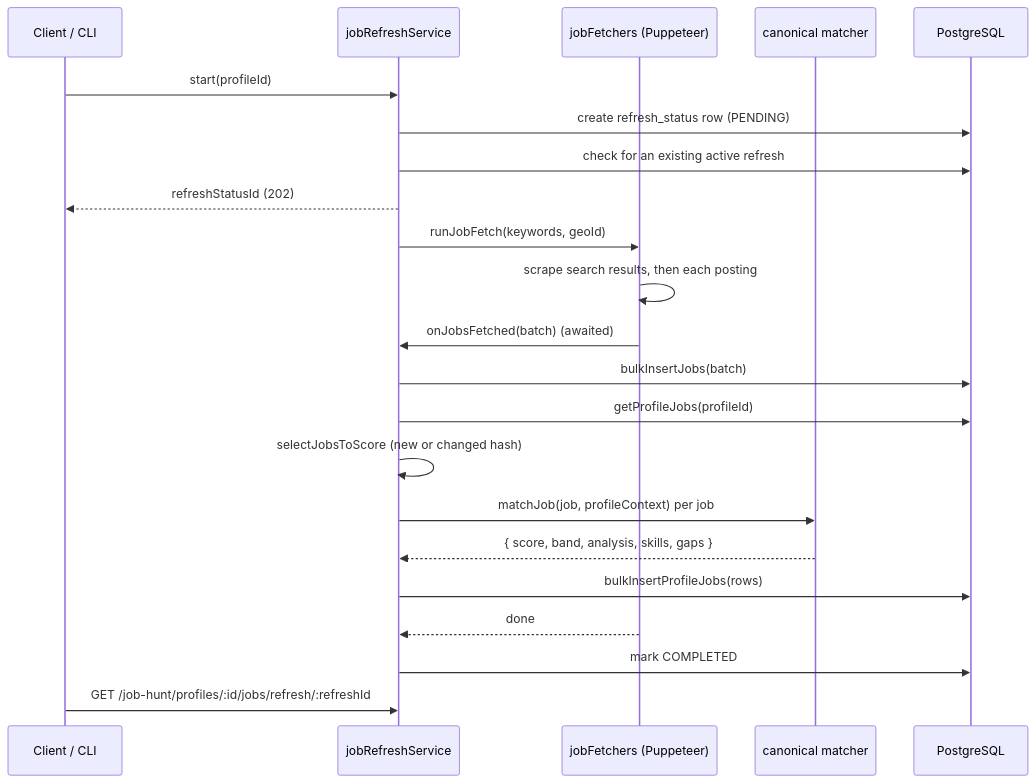
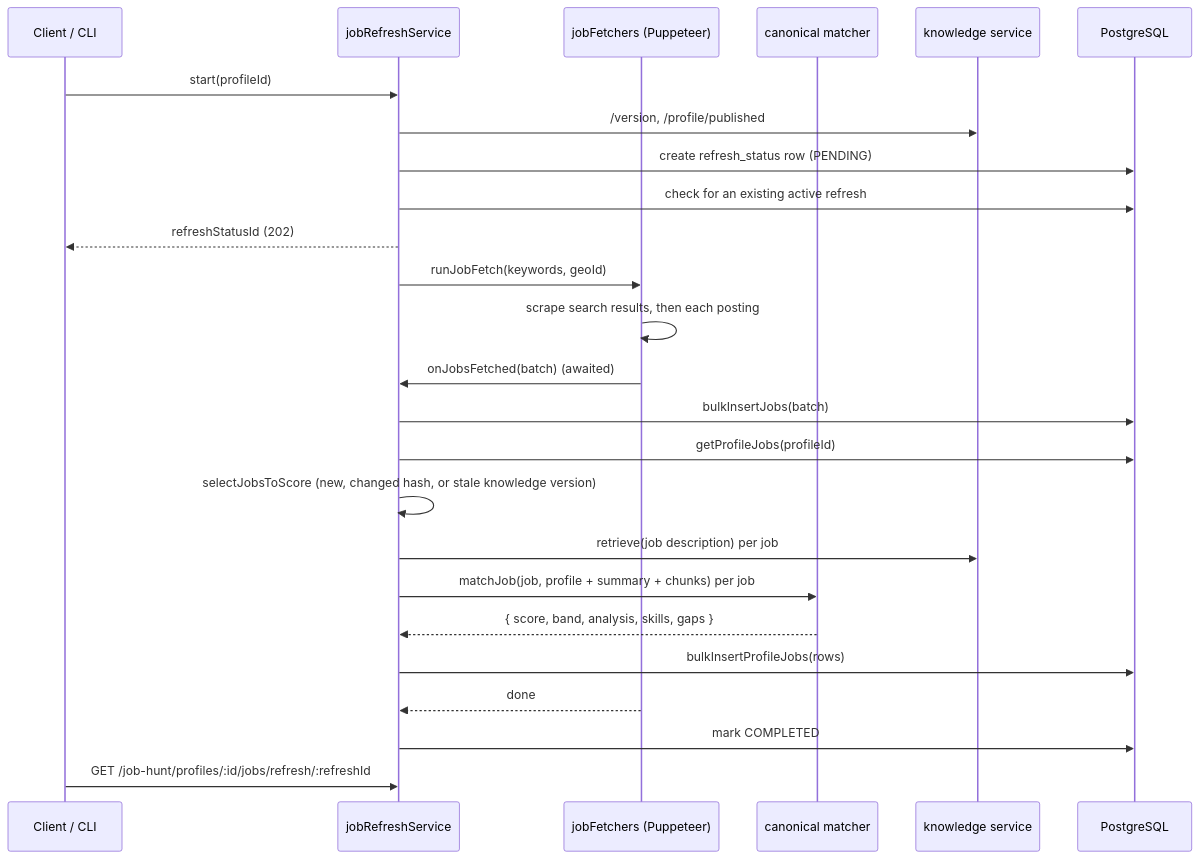
The second of 2 diagrams in docs/architecture.md (raymanguino/six7swe), drawn with Mermaid before and after one commit. The commit also changed other lines of this file and 24 other files, not shown here.

First line of the commit message:
feat(hunter): score job matches against knowledge retrieval with staleness rescoring

````diff
--- a/docs/architecture.md
+++ b/docs/architecture.md
@@ -250,25 +250,28 @@
 ```mermaid
 sequenceDiagram
   participant C as Client / CLI
   participant S as jobRefreshService
   participant F as jobFetchers (Puppeteer)
   participant M as canonical matcher
+  participant K as knowledge service
   participant D as PostgreSQL
 
   C->>S: start(profileId)
+  S->>K: /version, /profile/published
   S->>D: create refresh_status row (PENDING)
   S->>D: check for an existing active refresh
   S-->>C: refreshStatusId (202)
   S->>F: runJobFetch(keywords, geoId)
   F->>F: scrape search results, then each posting
   F->>S: onJobsFetched(batch)  (awaited)
   S->>D: bulkInsertJobs(batch)
   S->>D: getProfileJobs(profileId)
-  S->>S: selectJobsToScore (new or changed hash)
-  S->>M: matchJob(job, profileContext) per job
+  S->>S: selectJobsToScore (new, changed hash, or stale knowledge version)
+  S->>K: retrieve(job description) per job
+  S->>M: matchJob(job, profile + summary + chunks) per job
   M-->>S: { score, band, analysis, skills, gaps }
   S->>D: bulkInsertProfileJobs(rows)
   F-->>S: done
   S->>D: mark COMPLETED
   C->>S: GET /job-hunt/profiles/:id/jobs/refresh/:refreshId
 ```
````
